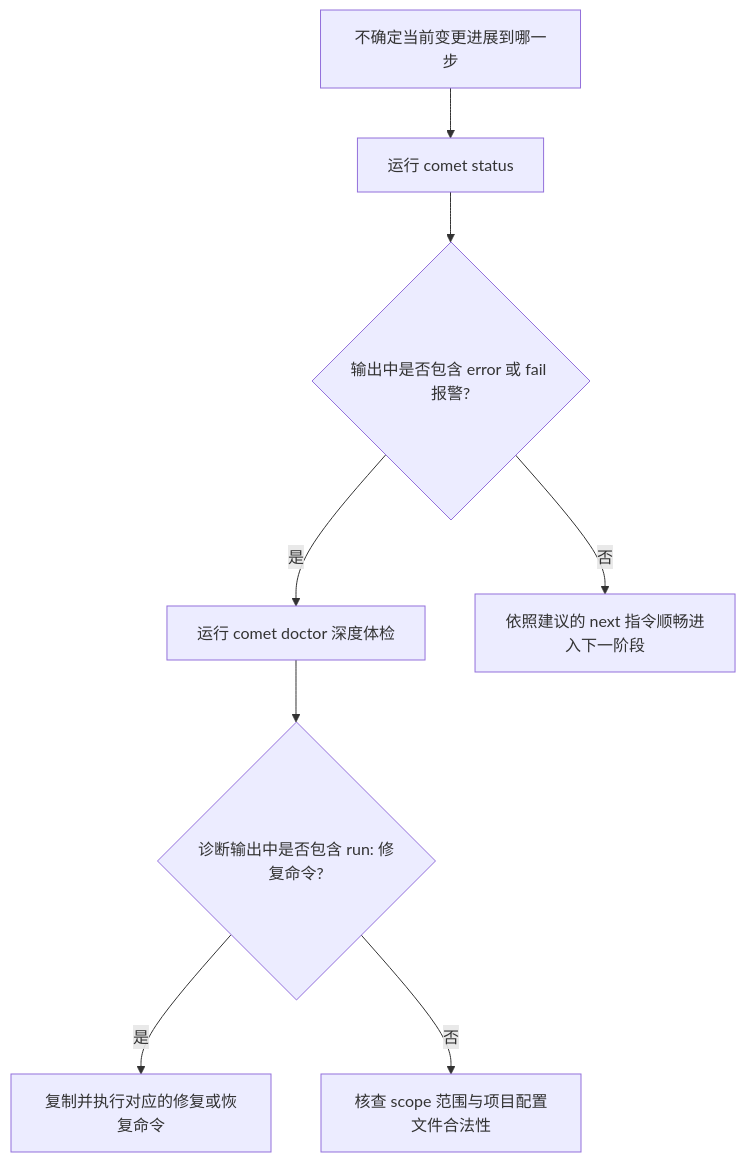
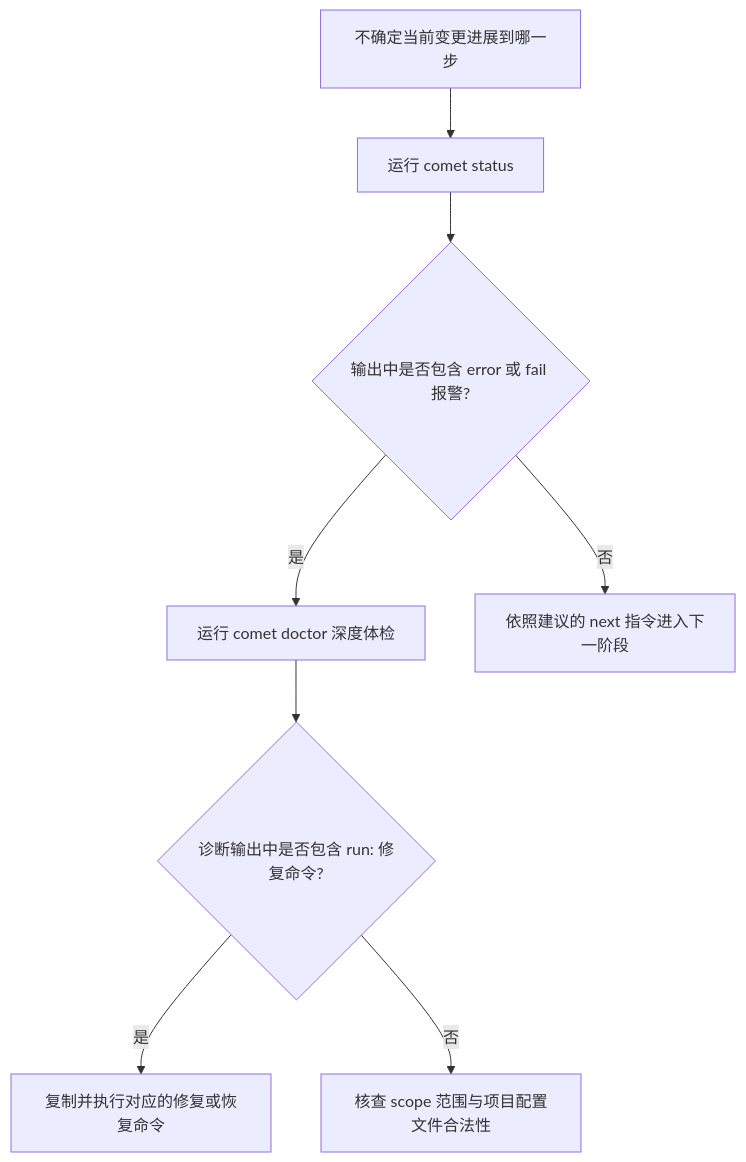
One commit to rpamis/comet-website-docs changed the diagram in zh/cli/doctor.mdx. Above: the diagram before and after it, drawn with Mermaid. The commit also changed other lines of this file and 103 other files, not shown here.

````diff
--- a/zh/cli/doctor.mdx
+++ b/zh/cli/doctor.mdx
@@ -148,10 +148,10 @@
 ```mermaid
 flowchart TD
   A["不确定当前变更进展到哪一步"] --> B["运行 comet status"]
   B --> C{"输出中是否包含 error 或 fail 报警?"}
   C -->|是| D["运行 comet doctor 深度体检"]
   D --> E{"诊断输出中是否包含 run: 修复命令?"}
   E -->|是| F["复制并执行对应的修复或恢复命令"]
   E -->|否| G["核查 scope 范围与项目配置文件合法性"]
-  C -->|否| H["依照建议的 next 指令顺畅进入下一阶段"]
+  C -->|否| H["依照建议的 next 指令进入下一阶段"]
 ```
````
